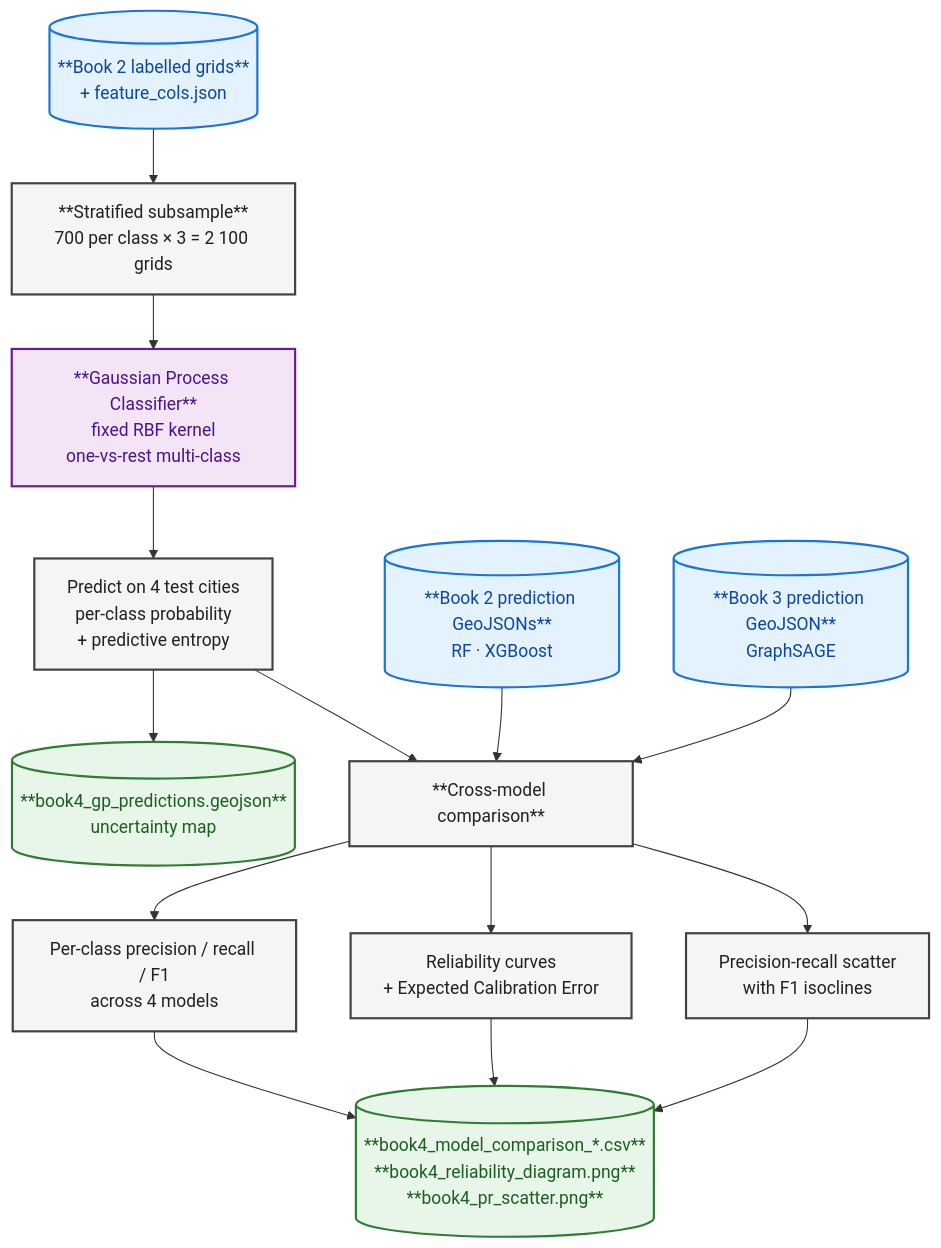
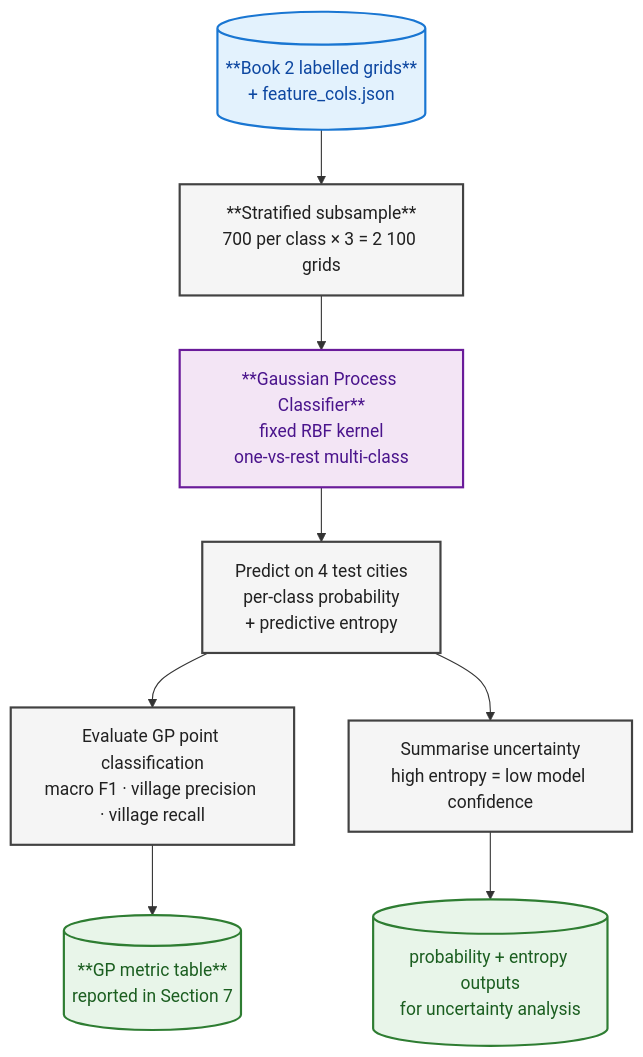
One commit to Entao21/0069_coursework changed the seventh of 7 diagrams in README.md. Above: the diagram before and after it, drawn with Mermaid. The commit also changed other lines of this file and 2 other files, not shown here.

````diff
--- a/README.md
+++ b/README.md
@@ -449,36 +454,26 @@
 ```mermaid
 flowchart TB
     A1[("**Book 2 labelled grids**<br/>+ feature_cols.json")]
-    A2[("**Book 2 prediction GeoJSONs**<br/>RF · XGBoost")]
-    A3[("**Book 3 prediction GeoJSON**<br/>GraphSAGE")]
 
     A1 --> B["**Stratified subsample**<br/>700 per class × 3 = 2 100 grids"]
 
     B --> C["**Gaussian Process Classifier**<br/>fixed RBF kernel<br/>one-vs-rest multi-class"]
 
     C --> D["Predict on 4 test cities<br/>per-class probability<br/>+ predictive entropy"]
 
-    D --> E1[("**book4_gp_predictions.geojson**<br/>uncertainty map")]
+    D --> E1["Evaluate GP point classification<br/>macro F1 · village precision · village recall"]
+    D --> E2["Summarise uncertainty<br/>high entropy = low model confidence"]
 
-    D --> F["**Cross-model comparison**"]
-    A2 --> F
-    A3 --> F
-
-    F --> G1["Per-class precision / recall / F1<br/>across 4 models"]
-    F --> G2["Reliability curves<br/>+ Expected Calibration Error"]
-    F --> G3["Precision-recall scatter<br/>with F1 isoclines"]
-
-    G1 --> O[("**book4_model_comparison_*.csv**<br/>**book4_reliability_diagram.png**<br/>**book4_pr_scatter.png**")]
-    G2 --> O
-    G3 --> O
+    E1 --> O1[("**GP metric table**<br/>reported in Section 7")]
+    E2 --> O2[("probability + entropy outputs<br/>for uncertainty analysis")]
 
     classDef input fill:#E3F2FD,stroke:#1976D2,stroke-width:2px,color:#0D47A1
     classDef process fill:#F5F5F5,stroke:#424242,stroke-width:2px,color:#212121
     classDef model fill:#F3E5F5,stroke:#6A1B9A,stroke-width:2px,color:#4A148C
     classDef output fill:#E8F5E9,stroke:#2E7D32,stroke-width:2px,color:#1B5E20
 
-    class A1,A2,A3 input
-    class B,D,F,G1,G2,G3 process
+    class A1 input
+    class B,D,E1,E2 process
     class C model
-    class E1,O output
+    class O1,O2 output
 ```
````
